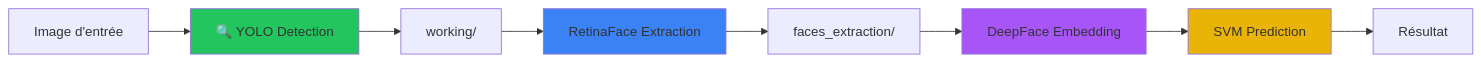
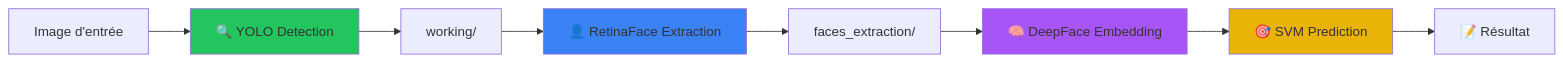
The diagram in README.md (Ibrahima-Camara20/AI_Models_Application_Project), drawn with Mermaid before and after one commit. The commit also changed other lines of this file and 115 other files, not shown here.

````diff
--- a/README.md
+++ b/README.md
@@ -79,15 +60,15 @@
 ```mermaid
 graph LR
     A[Image d'entrée] --> B[🔍 YOLO Detection]
     B --> C[working/]
-    C --> D[ RetinaFace Extraction]
+    C --> D[👤 RetinaFace Extraction]
     D --> E[faces_extraction/]
-    E --> F[ DeepFace Embedding]
-    F --> G[ SVM Prediction]
-    G --> H[ Résultat]
-    
+    E --> F[🧠 DeepFace Embedding]
+    F --> G[🎯 SVM Prediction]
+    G --> H[📝 Résultat]
+
     style B fill:#22c55e
     style D fill:#3b82f6
     style F fill:#a855f7
     style G fill:#eab308
 ```
````
